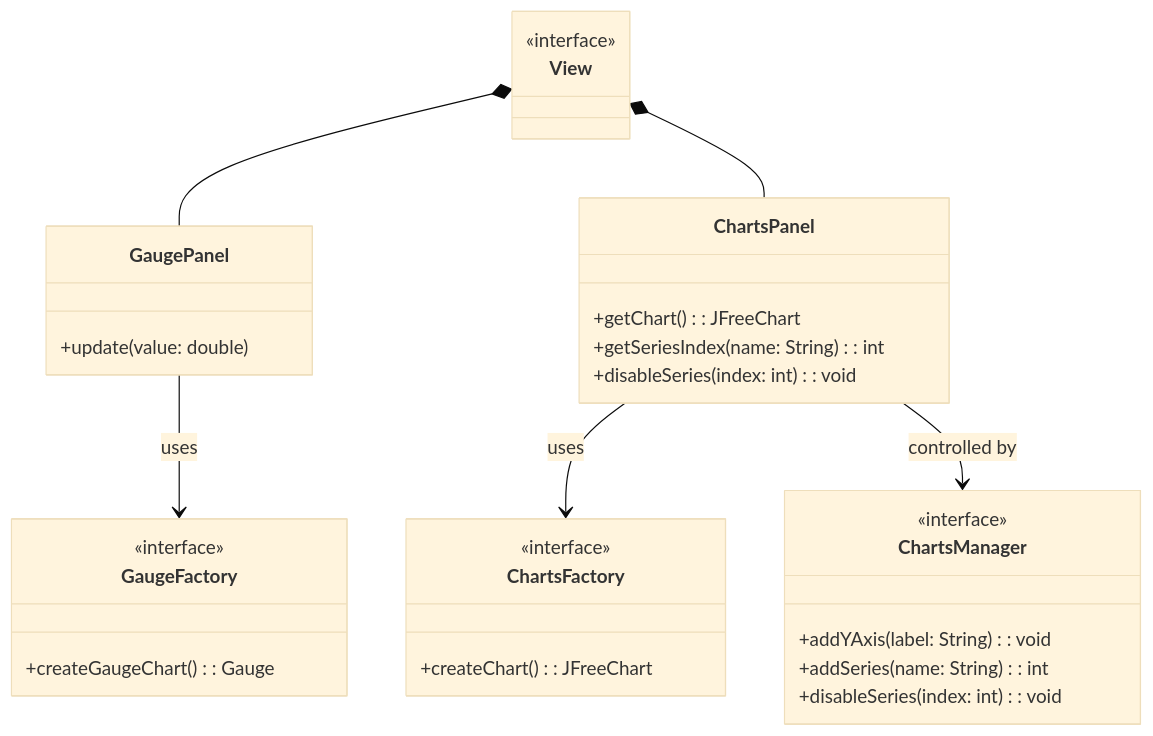
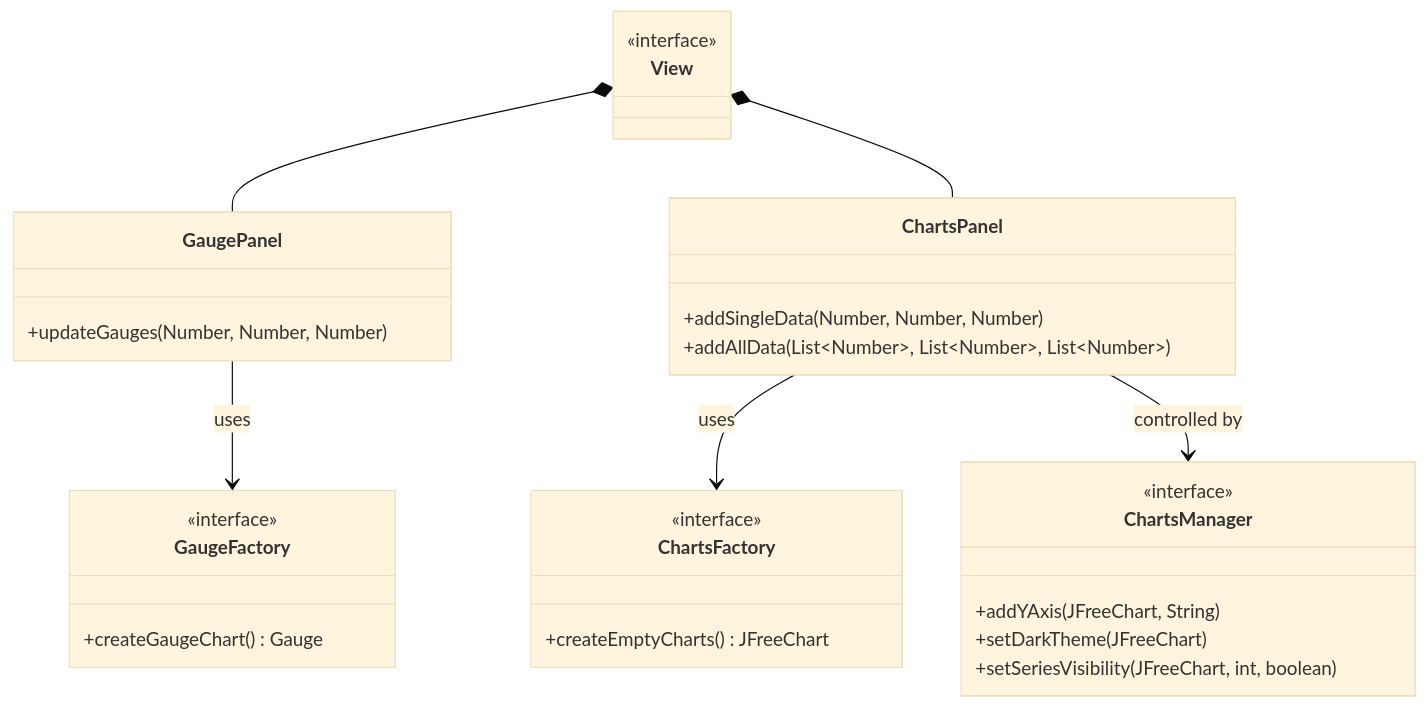
One commit to unibo-oop-projects/OOP24-Alessandro-CristoferNapolitano-SolarEgg-TodeschiMatteo-java-dyno changed the ninth of 10 diagrams in report.md. Above: the diagram before and after it, drawn with Mermaid (base theme). The commit also changed 2 other files, not shown here.

Commit message:
UML fixes and little fix to updateGauges method

````diff
--- a/report.md
+++ b/report.md
@@ -498,38 +498,37 @@
 ```mermaid
 classDiagram
     class View {
         <<interface>>
     }
     class GaugePanel {
-        +update(value: double)
+        +updateGauges(Number, Number, Number)
     }
 
     class GaugeFactory {
         <<interface>>
-        +createGaugeChart(): Gauge
+        +createGaugeChart() Gauge
     }
     class ChartsPanel {
-        +getChart(): JFreeChart
-        +getSeriesIndex(name: String): int
-        +disableSeries(index: int): void
+        +addSingleData(Number, Number, Number)
+        +addAllData(List~Number~, List~Number~, List~Number~)
     }
 
     class ChartsFactory {
         <<interface>>
-        +createChart(): JFreeChart
+        +createEmptyCharts() JFreeChart
     }
 
     class ChartsManager {
         <<interface>>
-        +addYAxis(label: String): void
-        +addSeries(name: String): int
-        +disableSeries(index: int): void
+        +addYAxis(JFreeChart, String)
+        +setDarkTheme(JFreeChart)
+        +setSeriesVisibility(JFreeChart, int, boolean)
     }
 
     GaugePanel --> GaugeFactory : uses
     ChartsPanel --> ChartsFactory : uses
     ChartsPanel --> ChartsManager : controlled by
     View *-- GaugePanel
     View *-- ChartsPanel
 
 ```
````
